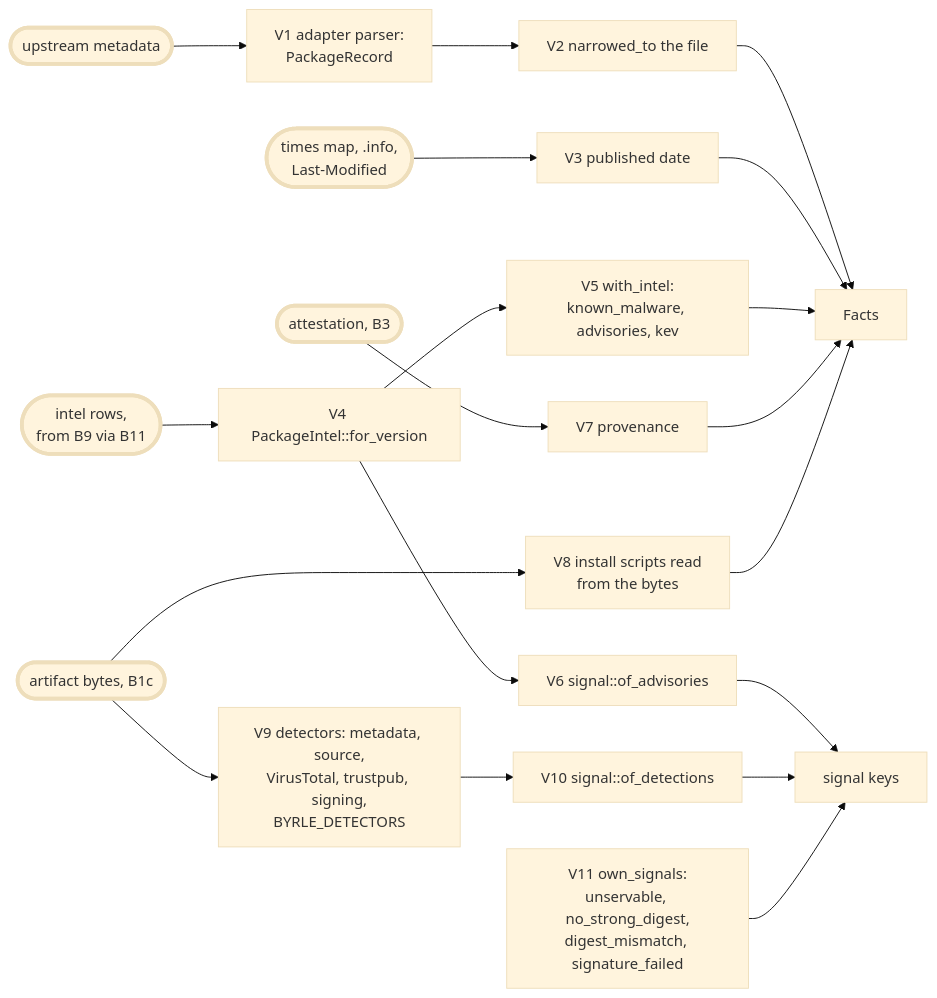
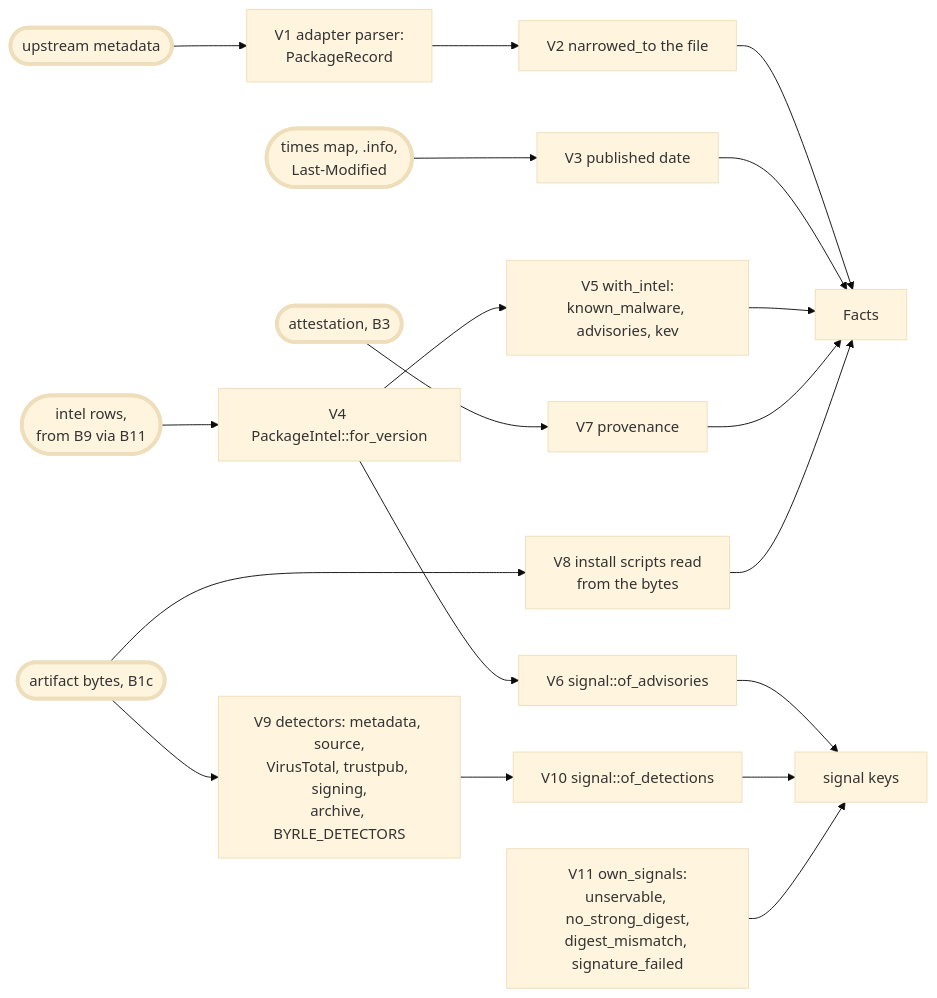
One commit to krishardy/byrle changed the fourth of 5 diagrams in docs/logic-flow.md. Above: the diagram before and after it, drawn with Mermaid (base theme). The commit also changed other lines of this file and 20 other files, not shown here.

````diff
--- a/docs/logic-flow.md
+++ b/docs/logic-flow.md
@@ -175,22 +175,22 @@
 ```mermaid
 flowchart LR
     classDef ext stroke-width:4px
     META([upstream metadata]):::ext --> V1[V1 adapter parser:<br/>PackageRecord]
     V1 --> V2[V2 narrowed_to the file]
     V2 --> F[Facts]
     TIMES([times map, .info,<br/>Last-Modified]):::ext --> V3[V3 published date]
     V3 --> F
     INTEL([intel rows,<br/>from B9 via B11]):::ext --> V4[V4 PackageIntel::for_version]
     V4 --> V5[V5 with_intel:<br/>known_malware, advisories, kev]
     V5 --> F
     V4 --> V6[V6 signal::of_advisories]
     ATTEST([attestation, B3]):::ext --> V7[V7 provenance]
     V7 --> F
     BYTES([artifact bytes, B1c]):::ext --> V8[V8 install scripts read<br/>from the bytes]
     V8 --> F
-    BYTES --> V9[V9 detectors: metadata, source,<br/>VirusTotal, trustpub, signing,<br/>BYRLE_DETECTORS]
+    BYTES --> V9[V9 detectors: metadata, source,<br/>VirusTotal, trustpub, signing,<br/>archive, BYRLE_DETECTORS]
     V9 --> V10[V10 signal::of_detections]
     V6 --> SIG[signal keys]
     V10 --> SIG
     V11[V11 own_signals:<br/>unservable, no_strong_digest,<br/>digest_mismatch, signature_failed] --> SIG
 ```
````
